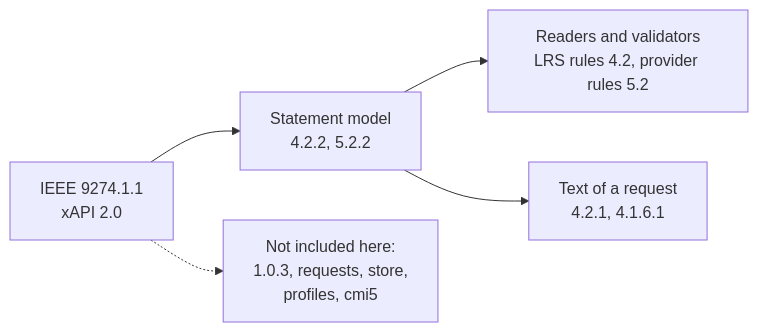
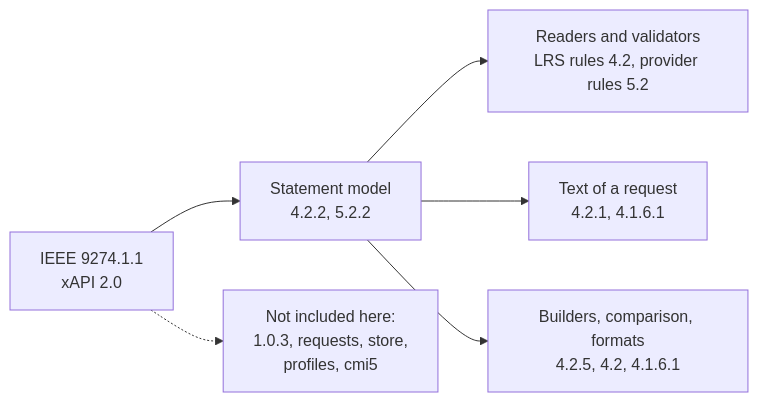
One commit to interopkit/interopkit changed the diagram in docs/learning-records/supported.md. Above: the diagram before and after it, drawn with Mermaid. The commit also changed other lines of this file and 45 other files, not shown here.

First line of the commit message:
Add builders, comparison and formats of Statements to learning-records

````diff
--- a/docs/learning-records/supported.md
+++ b/docs/learning-records/supported.md
@@ -6,7 +6,8 @@
 ```mermaid
 flowchart LR
   spec["IEEE 9274.1.1<br/>xAPI 2.0"] --> model["Statement model<br/>4.2.2, 5.2.2"]
   model --> read["Readers and validators<br/>LRS rules 4.2, provider rules 5.2"]
   model --> text["Text of a request<br/>4.2.1, 4.1.6.1"]
+  model --> build["Builders, comparison, formats<br/>4.2.5, 4.2, 4.1.6.1"]
   spec -.-> outside["Not included here:<br/>1.0.3, requests, store,<br/>profiles, cmi5"]
 ```
````
